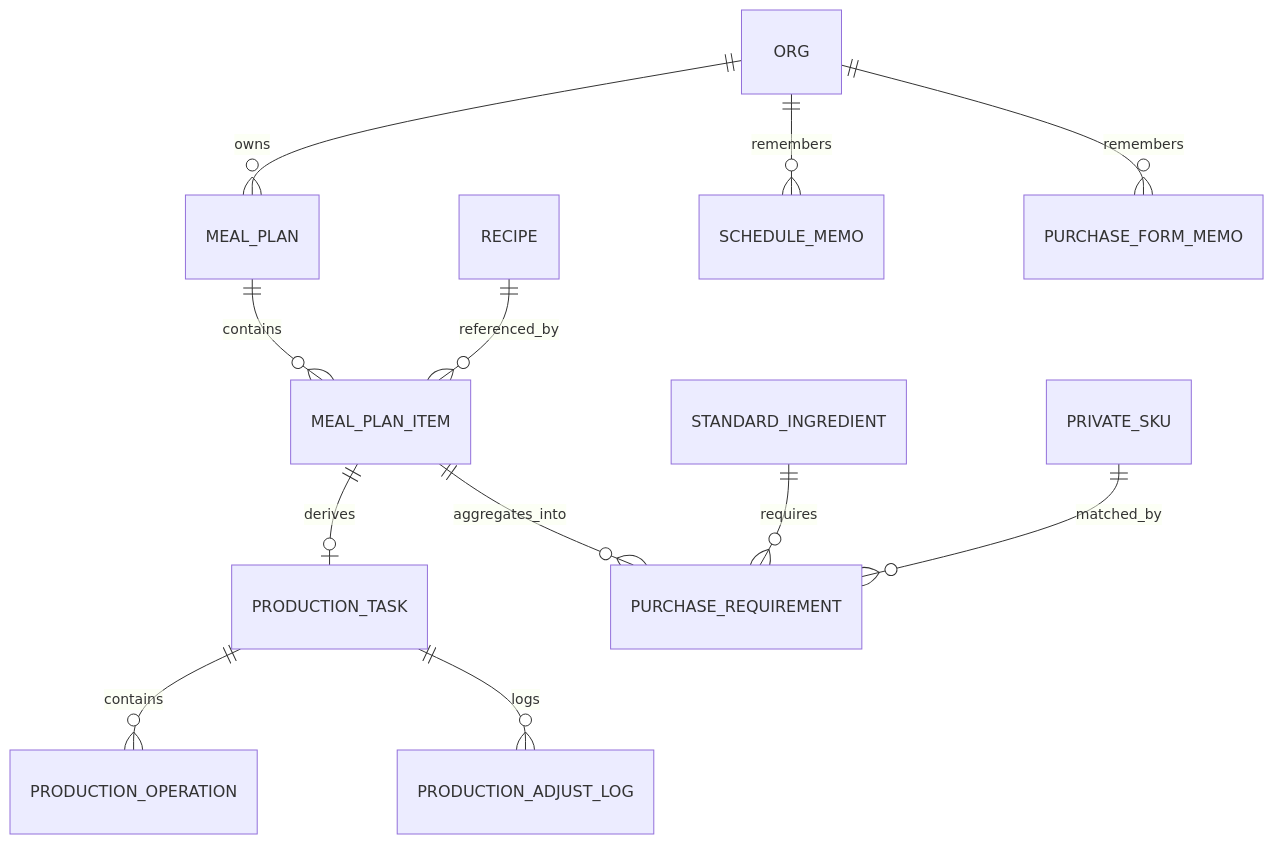
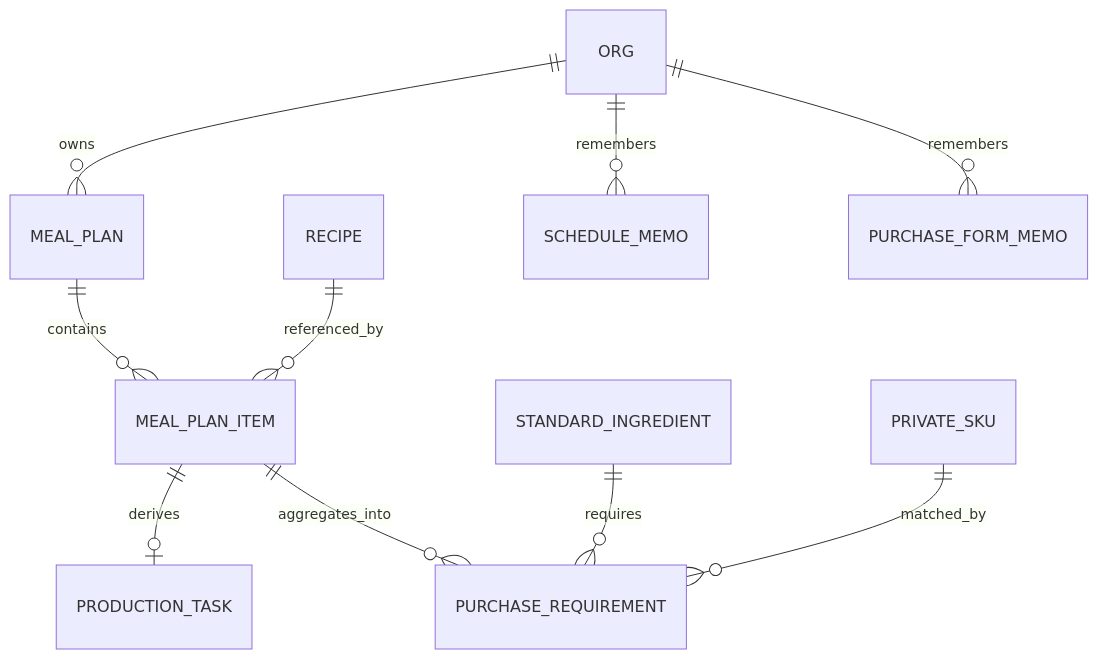
One commit to weiyifu13757187351/smart-catering-recipe-prototype changed the diagram in merchant/商户端计划管理PRD.md. Above: the diagram before and after it, drawn with Mermaid. The commit also changed other lines of this file and 89 other files, not shown here.

````diff
--- a/merchant/商户端计划管理PRD.md
+++ b/merchant/商户端计划管理PRD.md
@@ -1265,14 +1338,12 @@
 ```mermaid
 erDiagram
     ORG ||--o{ MEAL_PLAN : owns
     MEAL_PLAN ||--o{ MEAL_PLAN_ITEM : contains
     RECIPE ||--o{ MEAL_PLAN_ITEM : referenced_by
     ORG ||--o{ SCHEDULE_MEMO : remembers
     MEAL_PLAN_ITEM ||--o| PRODUCTION_TASK : derives
-    PRODUCTION_TASK ||--o{ PRODUCTION_OPERATION : contains
-    PRODUCTION_TASK ||--o{ PRODUCTION_ADJUST_LOG : logs
     MEAL_PLAN_ITEM ||--o{ PURCHASE_REQUIREMENT : aggregates_into
     STANDARD_INGREDIENT ||--o{ PURCHASE_REQUIREMENT : requires
     PRIVATE_SKU ||--o{ PURCHASE_REQUIREMENT : matched_by
     ORG ||--o{ PURCHASE_FORM_MEMO : remembers
 ```
````
